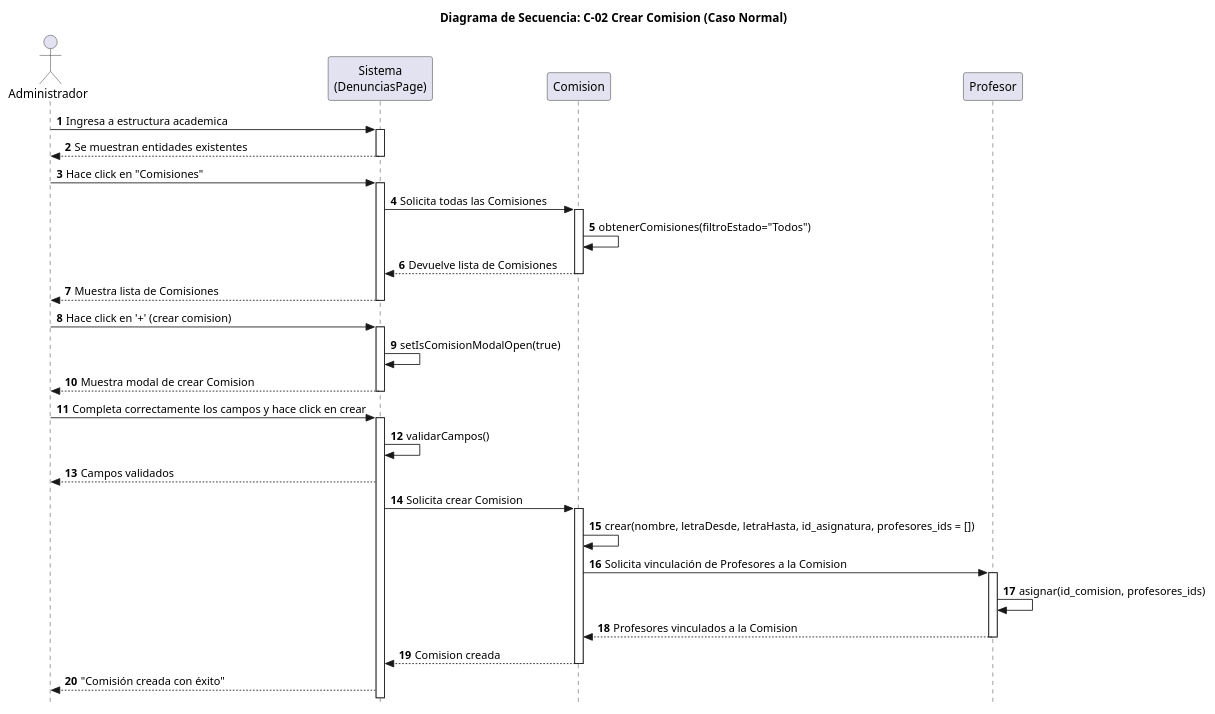
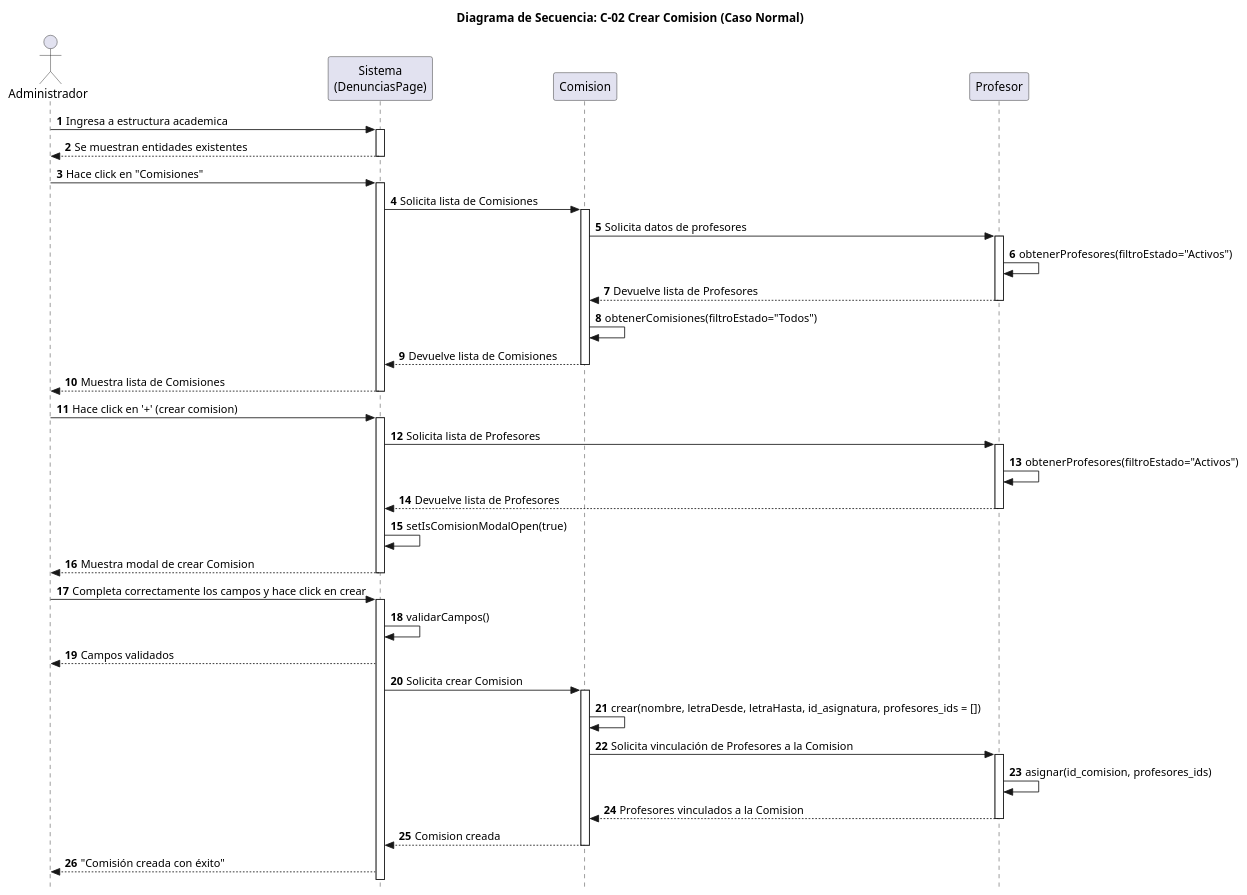
One commit to SantiagoScetti/sic-unne-admin changed the diagram in docs/puml/diagramas_de_Secuencia_Sabrina/C-02Crear Comisión (Caso Normal).puml. Above: the diagram before and after it, drawn with PlantUML. The commit also changed 3 other files, not shown here.

Commit message:
Cambios en codigos uml para diagrama de secuencias

```diff
--- a/docs/puml/diagramas_de_Secuencia_Sabrina/C-02Crear Comisión (Caso Normal).puml
+++ b/docs/puml/diagramas_de_Secuencia_Sabrina/C-02Crear Comisión (Caso Normal).puml
@@ -1,54 +1,64 @@
 @startuml
 
 title Diagrama de Secuencia: C-02 Crear Comision (Caso Normal)
 
 skinparam style strictuml
 skinparam ParticipantPadding 30
 skinparam BoxPadding 12
 
 autonumber
 
 actor Administrador
 participant "Sistema\n(DenunciasPage)" as Interfaz
 participant "Comision"
 participant "Profesor"
 
 Administrador -> Interfaz: Ingresa a estructura academica
 activate Interfaz
 Interfaz --> Administrador: Se muestran entidades existentes
 deactivate Interfaz
 
 Administrador -> Interfaz: Hace click en "Comisiones"
 activate Interfaz
-Interfaz -> Comision: Solicita todas las Comisiones
+Interfaz -> Comision: Solicita lista de Comisiones
 activate Comision
+Comision -> Profesor: Solicita datos de profesores
+activate Profesor
+Profesor -> Profesor: obtenerProfesores(filtroEstado="Activos")
+Profesor --> Comision: Devuelve lista de Profesores
+deactivate Profesor
 Comision -> Comision: obtenerComisiones(filtroEstado="Todos")
 Comision --> Interfaz: Devuelve lista de Comisiones
 deactivate Comision
 Interfaz --> Administrador: Muestra lista de Comisiones
 deactivate Interfaz
 Administrador -> Interfaz: Hace click en '+' (crear comision)
 activate Interfaz
+Interfaz -> Profesor: Solicita lista de Profesores
+activate Profesor
+Profesor -> Profesor: obtenerProfesores(filtroEstado="Activos")
+Profesor --> Interfaz: Devuelve lista de Profesores
+deactivate Profesor
 Interfaz -> Interfaz: setIsComisionModalOpen(true)
 Interfaz --> Administrador: Muestra modal de crear Comision
 deactivate Interfaz
 Administrador -> Interfaz: Completa correctamente los campos y hace click en crear
 activate Interfaz
 Interfaz -> Interfaz: validarCampos()
 Interfaz --> Administrador: Campos validados
 Interfaz -> Comision: Solicita crear Comision
 activate Comision
 Comision -> Comision: crear(nombre, letraDesde, letraHasta, id_asignatura, profesores_ids = [])
 Comision -> Profesor: Solicita vinculación de Profesores a la Comision
 activate Profesor
 Profesor -> Profesor: asignar(id_comision, profesores_ids)
 Profesor --> Comision: Profesores vinculados a la Comision
 deactivate Profesor
 Comision --> Interfaz: Comision creada
 deactivate Comision
 Interfaz --> Administrador: "Comisión creada con éxito"
 
 
 
 
 @enduml
```
